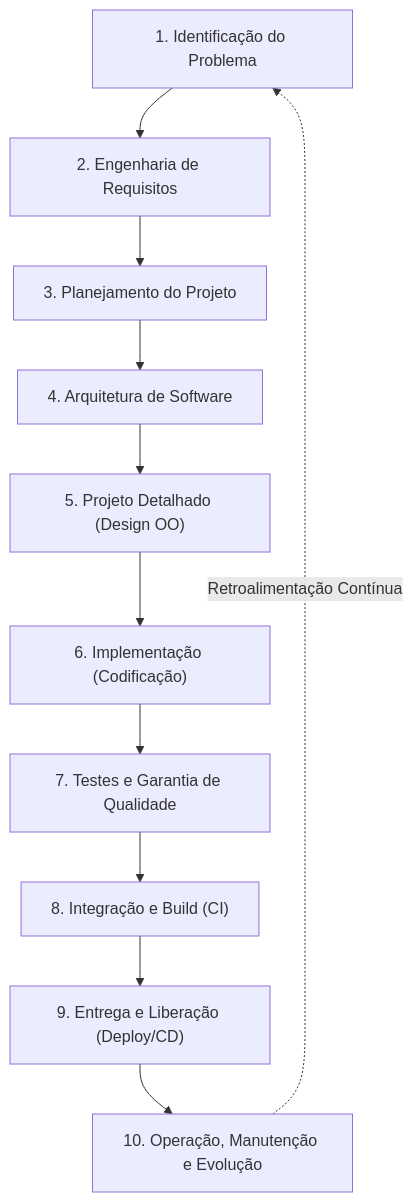
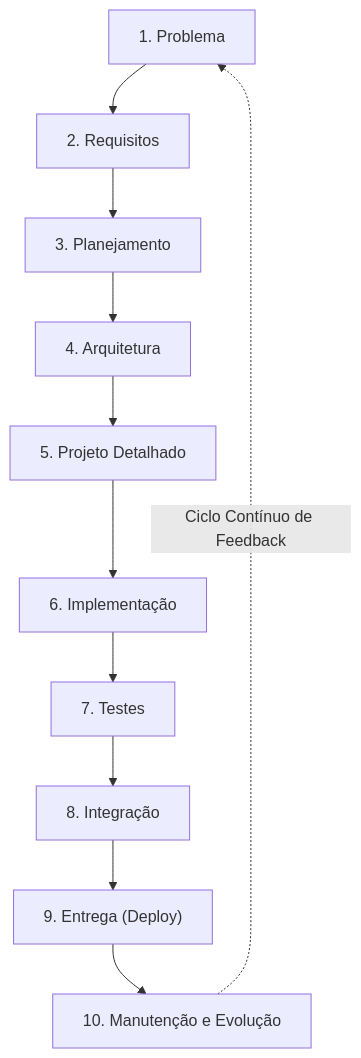
Before and after one commit to murilolol/unifef: the fourth of 30 diagrams in 4º Semestre/[Prof. Wesley Soares] Engenharia de Software II/Resumos-IA/Caderno-Consolidado.md, drawn with Mermaid. The commit also changed other lines of this file and 58 other files, not shown here.

````diff
--- a/4º Semestre/[Prof. Wesley Soares] Engenharia de Software II/Resumos-IA/Caderno-Consolidado.md
+++ b/4º Semestre/[Prof. Wesley Soares] Engenharia de Software II/Resumos-IA/Caderno-Consolidado.md
@@ -227,13 +207,13 @@
 ```mermaid
 flowchart TD
-  F1["1. Identificação do Problema"] --> F2["2. Engenharia de Requisitos"]
-  F2 --> F3["3. Planejamento do Projeto"]
-  F3 --> F4["4. Arquitetura de Software"]
-  F4 --> F5["5. Projeto Detalhado (Design OO)"]
-  F5 --> F6["6. Implementação (Codificação)"]
-  F6 --> F7["7. Testes e Garantia de Qualidade"]
-  F7 --> F8["8. Integração e Build (CI)"]
-  F8 --> F9["9. Entrega e Liberação (Deploy/CD)"]
-  F9 --> F10["10. Operação, Manutenção e Evolução"]
-  F10 -.->|"Retroalimentação Contínua"| F1
+  F1["1. Problema"] --> F2["2. Requisitos"]
+  F2 --> F3["3. Planejamento"]
+  F3 --> F4["4. Arquitetura"]
+  F4 --> F5["5. Projeto Detalhado"]
+  F5 --> F6["6. Implementação"]
+  F6 --> F7["7. Testes"]
+  F7 --> F8["8. Integração"]
+  F8 --> F9["9. Entrega (Deploy)"]
+  F9 --> F10["10. Manutenção e Evolução"]
+  F10 -.->|"Ciclo Contínuo de Feedback"| F1
 ```
````
